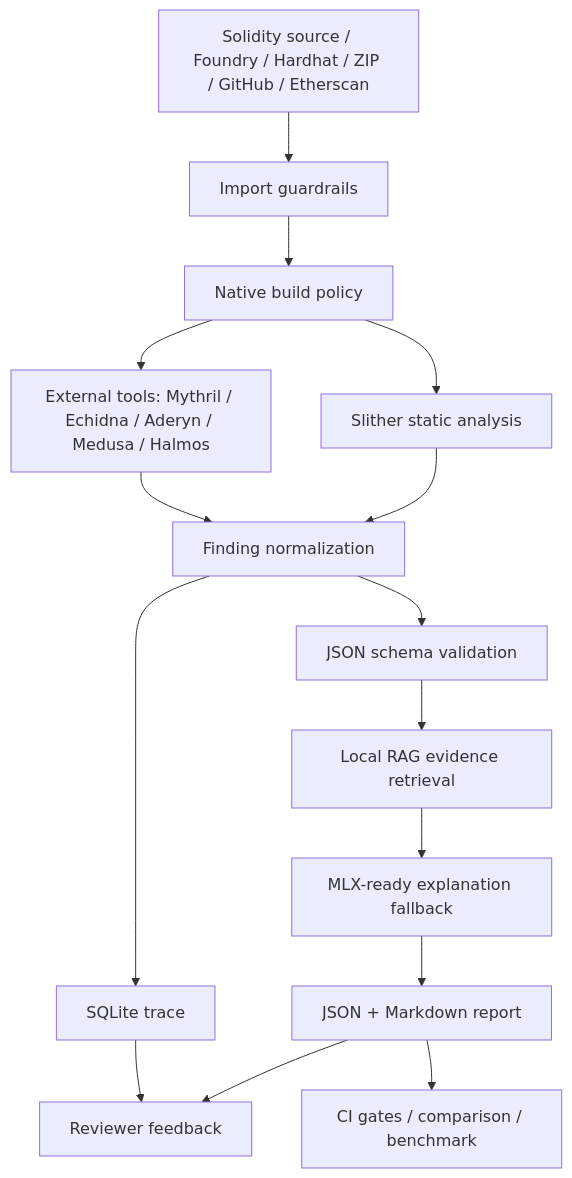
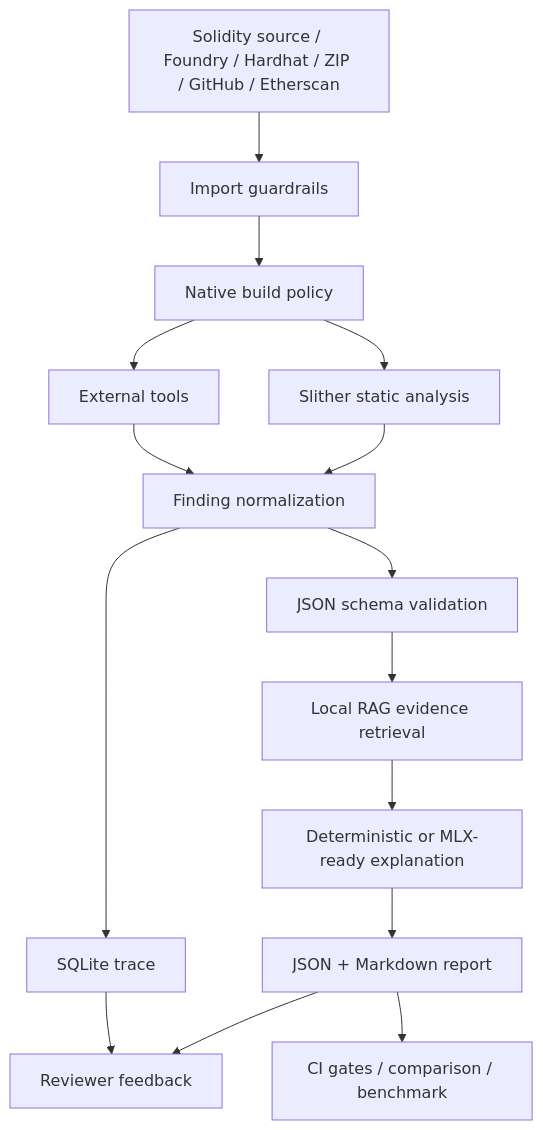
The diagram in README.md (Eskasia/smart-contract-security-assistant), drawn with Mermaid before and after one commit. The commit also changed other lines of this file, not shown here.

````diff
--- a/README.md
+++ b/README.md
@@ -40,17 +49,17 @@
 ```mermaid
 graph TD
   Source["Solidity source / Foundry / Hardhat / ZIP / GitHub / Etherscan"] --> Import["Import guardrails"]
   Import --> Policy["Native build policy"]
   Policy --> Slither["Slither static analysis"]
-  Policy --> External["External tools: Mythril / Echidna / Aderyn / Medusa / Halmos"]
+  Policy --> External["External tools"]
   Slither --> Normalize["Finding normalization"]
   External --> Normalize
   Normalize --> Schema["JSON schema validation"]
   Schema --> RAG["Local RAG evidence retrieval"]
-  RAG --> LLM["MLX-ready explanation fallback"]
-  LLM --> Report["JSON + Markdown report"]
+  RAG --> Explanation["Deterministic or MLX-ready explanation"]
+  Explanation --> Report["JSON + Markdown report"]
   Normalize --> Trace["SQLite trace"]
   Report --> Review["Reviewer feedback"]
   Trace --> Review
   Report --> CI["CI gates / comparison / benchmark"]
 ```
````
